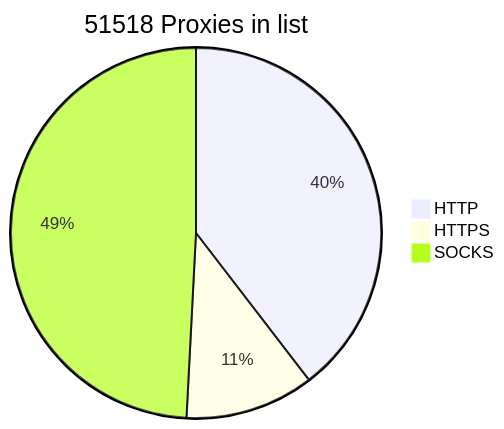
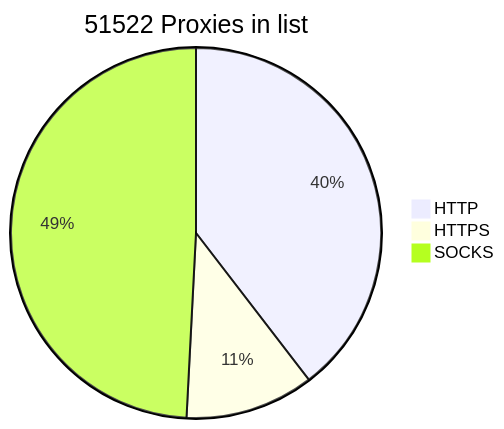
The diagram in README.md (BlackSnowDot/proxylist-update-every-minute), drawn with Mermaid before and after one commit.

````diff
--- a/README.md
+++ b/README.md
@@ -2,6 +2,6 @@
 ```mermaid
-pie title 51518 Proxies in list
+pie title 51522 Proxies in list
     "HTTP" : 22641
-    "HTTPS": 6437
-    "SOCKS" : 28141
+    "HTTPS": 6438
+    "SOCKS" : 28144
 ```
````
